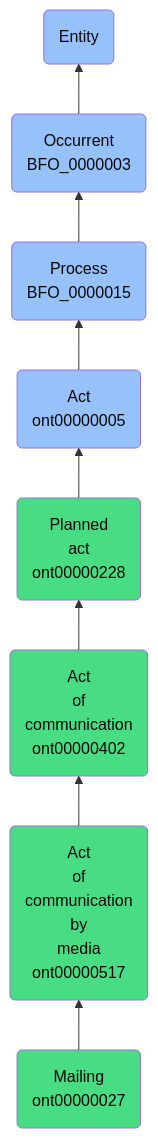
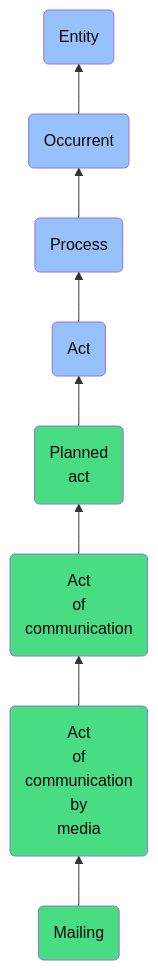
The diagram in docs/ontology/reference/model/Entity/Occurrent/Process/Act/Planned act/Act of communication/Act of communication by media/Mailing/Mailing.md (jupyter-naas/abi), drawn with Mermaid before and after one commit. The commit also changed other lines of this file and 1430 other files, not shown here.

````diff
--- a/docs/ontology/reference/model/Entity/Occurrent/Process/Act/Planned act/Act of communication/Act of communication by media/Mailing/Mailing.md
+++ b/docs/ontology/reference/model/Entity/Occurrent/Process/Act/Planned act/Act of communication/Act of communication by media/Mailing/Mailing.md
@@ -24,15 +24,15 @@
 ```mermaid
 graph BT
-    ont00000027(Mailing<br>ont00000027):::ABI-->ont00000517
-    ont00000517(Act<br>of<br>communication<br>by<br>media<br>ont00000517):::ABI-->ont00000402
-    ont00000402(Act<br>of<br>communication<br>ont00000402):::ABI-->ont00000228
-    ont00000228(Planned<br>act<br>ont00000228):::ABI-->ont00000005
-    ont00000005(Act<br>ont00000005):::BFO-->BFO_0000015
-    BFO_0000015(Process<br>BFO_0000015):::BFO-->BFO_0000003
-    BFO_0000003(Occurrent<br>BFO_0000003):::BFO-->BFO_0000001
+    ont00000027(Mailing):::ABI-->ont00000517
+    ont00000517(Act<br>of<br>communication<br>by<br>media):::ABI-->ont00000402
+    ont00000402(Act<br>of<br>communication):::ABI-->ont00000228
+    ont00000228(Planned<br>act):::ABI-->ont00000005
+    ont00000005(Act):::BFO-->BFO_0000015
+    BFO_0000015(Process):::BFO-->BFO_0000003
+    BFO_0000003(Occurrent):::BFO-->BFO_0000001
     BFO_0000001(Entity):::BFO
     
     classDef BFO fill:#97c1fb,color:#060606
     classDef CCO fill:#e4c51e,color:#060606
     classDef ABI fill:#48DD82,color:#060606
 ```
````
